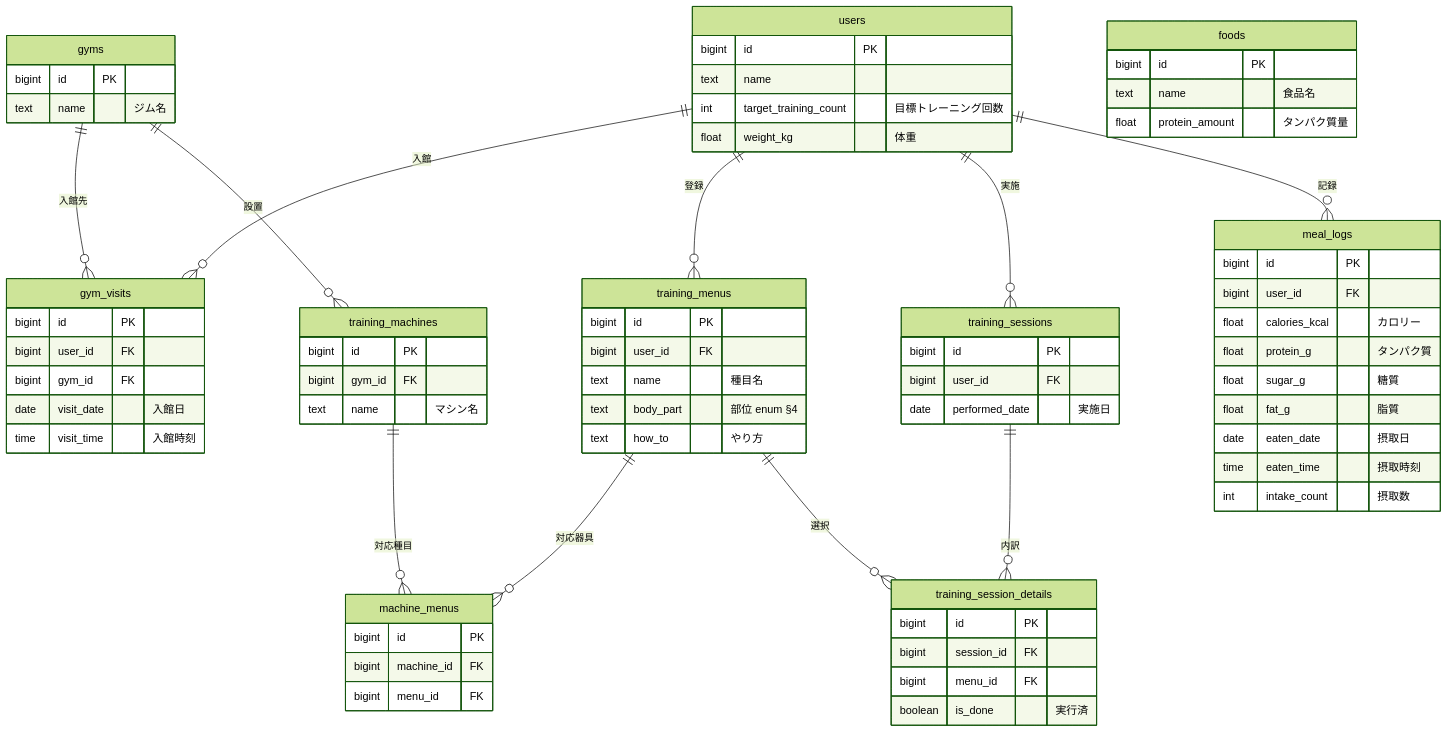
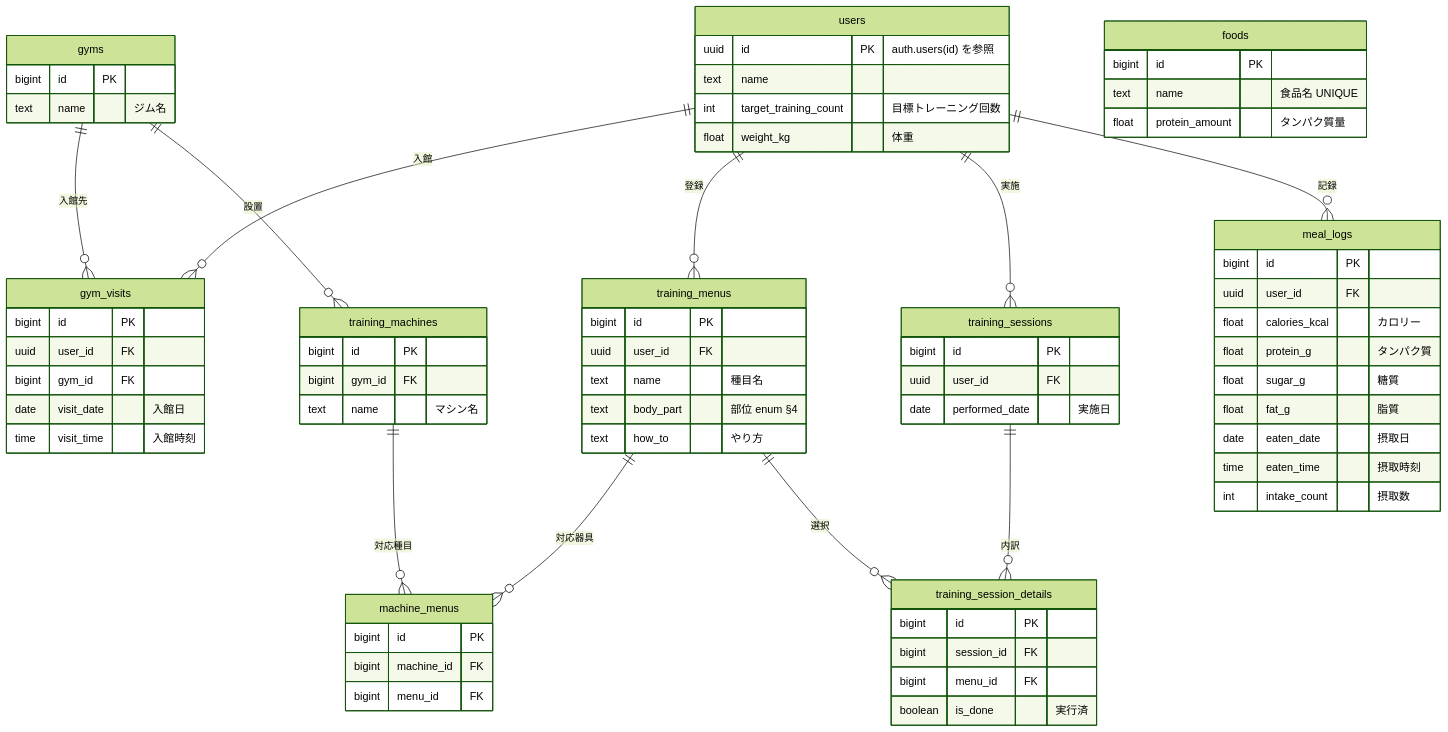
Before and after one commit to k-okada51/okada-fit: the diagram in docs/02_設計/50_詳細設計/01_DB物理設計.md, drawn with Mermaid (forest theme). The commit also changed other lines of this file and 37 other files, not shown here.

````diff
--- a/docs/02_設計/50_詳細設計/01_DB物理設計.md
+++ b/docs/02_設計/50_詳細設計/01_DB物理設計.md
@@ -34,74 +36,74 @@
 ```mermaid
 erDiagram
   users ||--o{ gym_visits : "入館"
   gyms  ||--o{ gym_visits : "入館先"
   users ||--o{ training_menus : "登録"
   users ||--o{ training_sessions : "実施"
   users ||--o{ meal_logs : "記録"
   gyms  ||--o{ training_machines : "設置"
   training_machines ||--o{ machine_menus : "対応種目"
   training_menus ||--o{ machine_menus : "対応器具"
   training_sessions ||--o{ training_session_details : "内訳"
   training_menus ||--o{ training_session_details : "選択"
   users {
-    bigint id PK
+    uuid id PK "auth.users(id) を参照"
     text name
     int target_training_count "目標トレーニング回数"
     float weight_kg "体重"
   }
   gyms {
     bigint id PK
     text name "ジム名"
   }
   gym_visits {
     bigint id PK
-    bigint user_id FK
+    uuid user_id FK
     bigint gym_id FK
     date visit_date "入館日"
     time visit_time "入館時刻"
   }
   training_menus {
     bigint id PK
-    bigint user_id FK
+    uuid user_id FK
     text name "種目名"
     text body_part "部位 enum §4"
     text how_to "やり方"
   }
   training_machines {
     bigint id PK
     bigint gym_id FK
     text name "マシン名"
   }
   machine_menus {
     bigint id PK
     bigint machine_id FK
     bigint menu_id FK
   }
   training_sessions {
     bigint id PK
-    bigint user_id FK
+    uuid user_id FK
     date performed_date "実施日"
   }
   training_session_details {
     bigint id PK
     bigint session_id FK
     bigint menu_id FK
     boolean is_done "実行済"
   }
   meal_logs {
     bigint id PK
-    bigint user_id FK
+    uuid user_id FK
     float calories_kcal "カロリー"
     float protein_g "タンパク質"
     float sugar_g "糖質"
     float fat_g "脂質"
     date eaten_date "摂取日"
     time eaten_time "摂取時刻"
     int intake_count "摂取数"
   }
   foods {
     bigint id PK
-    text name "食品名"
+    text name "食品名 UNIQUE"
     float protein_amount "タンパク質量"
   }
 ```
````
